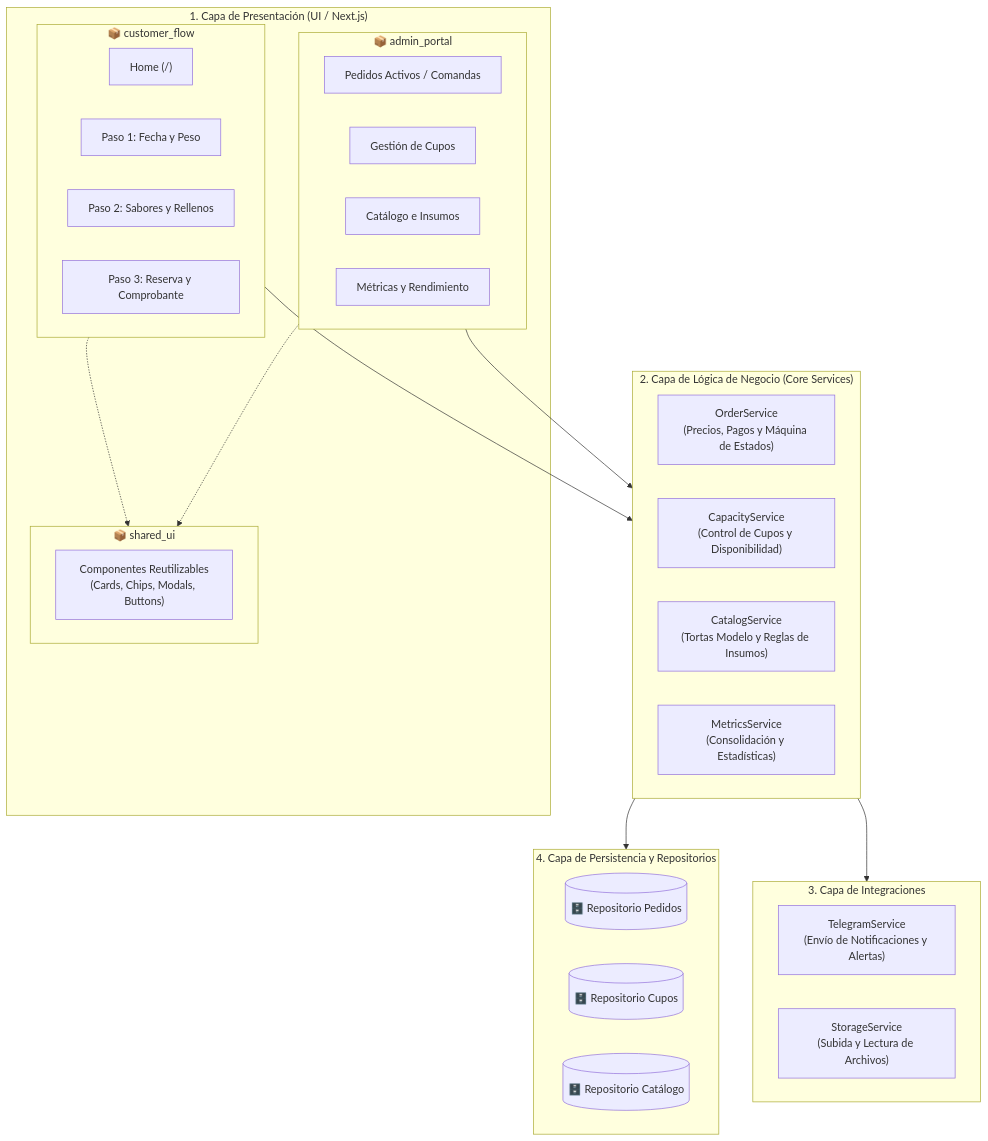
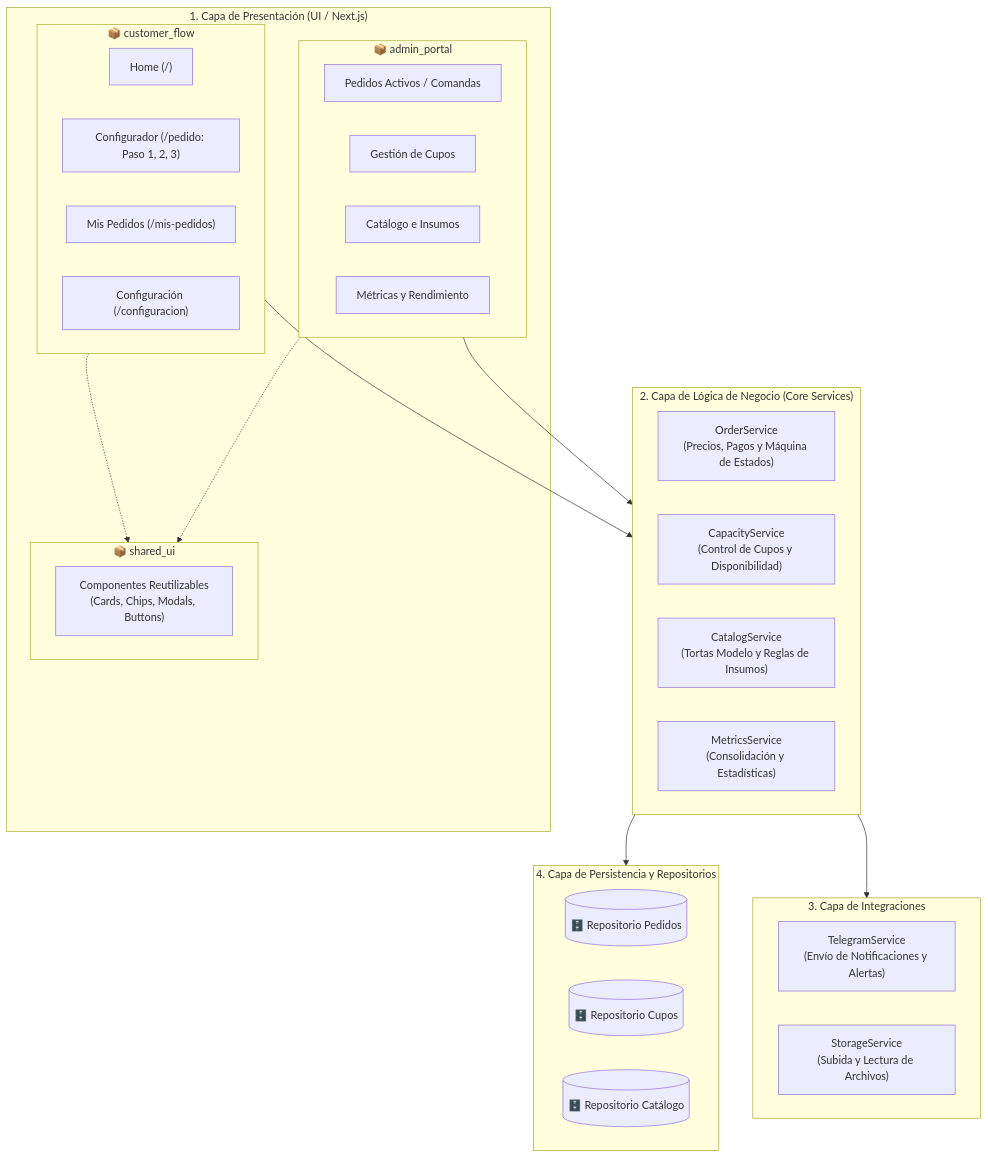
One commit to til-unca-2026/pasteleria-yonatanAhumada changed the second of 3 diagrams in docs/05-metodologia.md. Above: the diagram before and after it, drawn with Mermaid. The commit also changed other lines of this file and 1 other file, not shown here.

Commit message:
docs: actualizar alcance y metodologia con auth, pesos/precios por tamano, /configuracion y esquema ER final

````diff
--- a/docs/05-metodologia.md
+++ b/docs/05-metodologia.md
@@ -77,49 +77,49 @@
 ```mermaid
 flowchart TB
     subgraph UI["1. Capa de Presentación (UI / Next.js)"]
         subgraph Customer["📦 customer_flow"]
             C1["Home (/)"]
-            C2["Paso 1: Fecha y Peso"]
-            C3["Paso 2: Sabores y Rellenos"]
-            C4["Paso 3: Reserva y Comprobante"]
+            C2["Configurador (/pedido: Paso 1, 2, 3)"]
+            C3["Mis Pedidos (/mis-pedidos)"]
+            C4["Configuración (/configuracion)"]
         end
 
         subgraph Admin["📦 admin_portal"]
             A1["Pedidos Activos / Comandas"]
             A2["Gestión de Cupos"]
             A3["Catálogo e Insumos"]
             A4["Métricas y Rendimiento"]
         end
 
         subgraph Shared["📦 shared_ui"]
             S1["Componentes Reutilizables<br/>(Cards, Chips, Modals, Buttons)"]
         end
     end
 
     subgraph Core["2. Capa de Lógica de Negocio (Core Services)"]
         S_Order["OrderService<br/>(Precios, Pagos y Máquina de Estados)"]
         S_Cap["CapacityService<br/>(Control de Cupos y Disponibilidad)"]
         S_Cat["CatalogService<br/>(Tortas Modelo y Reglas de Insumos)"]
         S_Met["MetricsService<br/>(Consolidación y Estadísticas)"]
     end
 
     subgraph Integrations["3. Capa de Integraciones"]
         T_Bot["TelegramService<br/>(Envío de Notificaciones y Alertas)"]
         F_Store["StorageService<br/>(Subida y Lectura de Archivos)"]
     end
 
     subgraph Data["4. Capa de Persistencia y Repositorios"]
         DB_Orders[("🗄️ Repositorio Pedidos")]
         DB_Slots[("🗄️ Repositorio Cupos")]
         DB_Cat[("🗄️ Repositorio Catálogo")]
     end
 
     %% Relaciones
     Customer --> Core
     Admin --> Core
     Customer -.-> Shared
     Admin -.-> Shared
 
     Core --> Data
     Core --> Integrations
 ```
````
